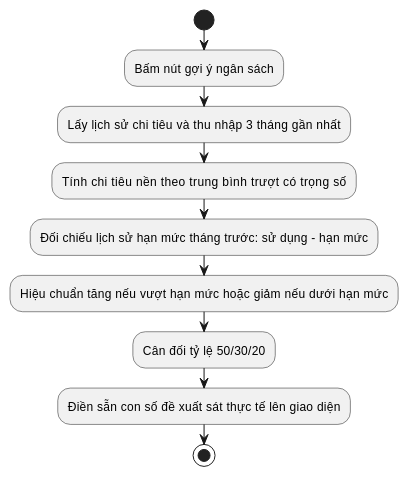
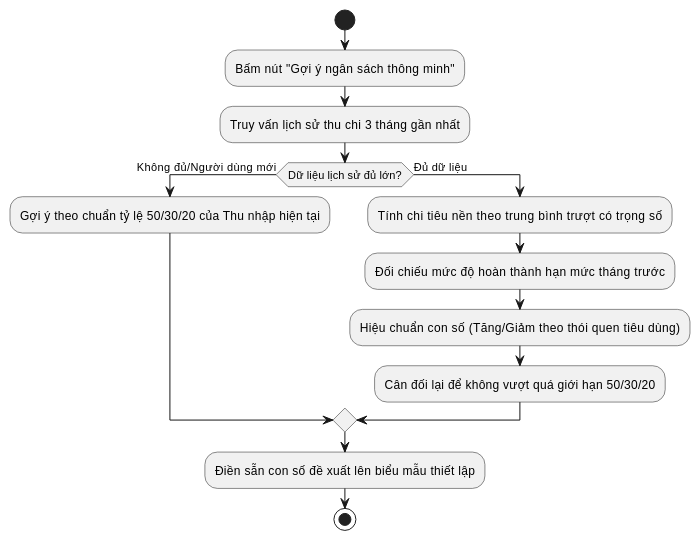
One commit to maikhang160504/spending-diary changed the tenth of 28 diagrams in Luan_van_Hoan_chinh.md. Above: the diagram before and after it, drawn with PlantUML. The commit also changed other lines of this file and 72 other files, not shown here.

````diff
--- a/Luan_van_Hoan_chinh.md
+++ b/Luan_van_Hoan_chinh.md
@@ -870,13 +932,17 @@
 ```plantuml
 @startuml
 start
-:Bấm nút gợi ý ngân sách;
-:Lấy lịch sử chi tiêu và thu nhập 3 tháng gần nhất;
-:Tính chi tiêu nền theo trung bình trượt có trọng số;
-:Đối chiếu lịch sử hạn mức tháng trước: sử dụng - hạn mức;
-:Hiệu chuẩn tăng nếu vượt hạn mức hoặc giảm nếu dưới hạn mức;
-:Cân đối tỷ lệ 50/30/20;
-:Điền sẵn con số đề xuất sát thực tế lên giao diện;
+:Bấm nút "Gợi ý ngân sách thông minh";
+:Truy vấn lịch sử thu chi 3 tháng gần nhất;
+if (Dữ liệu lịch sử đủ lớn?) then (Không đủ/Người dùng mới)
+  :Gợi ý theo chuẩn tỷ lệ 50/30/20 của Thu nhập hiện tại;
+else (Đủ dữ liệu)
+  :Tính chi tiêu nền theo trung bình trượt có trọng số;
+  :Đối chiếu mức độ hoàn thành hạn mức tháng trước;
+  :Hiệu chuẩn con số (Tăng/Giảm theo thói quen tiêu dùng);
+  :Cân đối lại để không vượt quá giới hạn 50/30/20;
+endif
+:Điền sẵn con số đề xuất lên biểu mẫu thiết lập;
 stop
 @enduml
 ```
````
